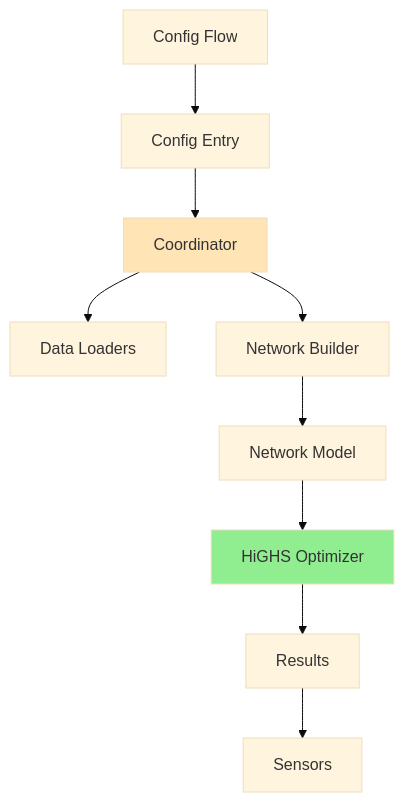
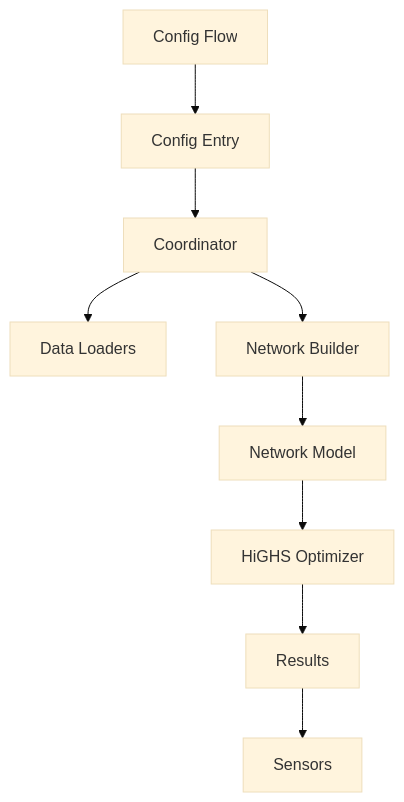
The diagram in docs/developer-guide/architecture.md (Chance-Konstruktion/haeo), drawn with Mermaid (base theme) before and after one commit. The commit also changed other lines of this file and 52 other files, not shown here.

````diff
--- a/docs/developer-guide/architecture.md
+++ b/docs/developer-guide/architecture.md
@@ -9,14 +9,11 @@
 ```mermaid
 graph TD
     CF[Config Flow] --> CE[Config Entry]
     CE --> Coord[Coordinator]
     Coord --> Loaders[Data Loaders]
     Coord --> Builder[Network Builder]
     Builder --> Model[Network Model]
     Model --> Optimizer[HiGHS Optimizer]
     Optimizer --> Results[Results]
     Results --> Sensors[Sensors]
-
-    style Coord fill:#FFE4B5
-    style Optimizer fill:#90EE90
 ```
````
